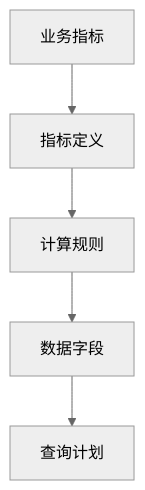
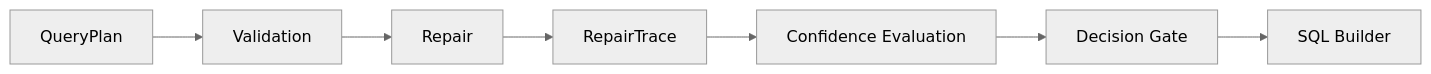
Before and after one commit to wenzhong0606-dev/SuperBuilder_AI: diagram 11 of 11 in SuperBulider_AI/wwwroot/Doc/SuperBuilder AI Native BI Phase开发计划.md, drawn with Mermaid (neutral theme). The commit also changed other lines of this file, not shown here.

````diff
--- a/SuperBulider_AI/wwwroot/Doc/SuperBuilder AI Native BI Phase开发计划.md
+++ b/SuperBulider_AI/wwwroot/Doc/SuperBuilder AI Native BI Phase开发计划.md
@@ -1896,28 +3032,29 @@
 ```mermaid
-flowchart TD
+flowchart LR
 
-
-A[业务指标]
-
+A[QueryPlan]
 
 -->
 
-B[指标定义]
-
+B[Validation]
 
 -->
 
-C[计算规则]
-
+C[Repair]
 
 -->
 
-D[数据字段]
-
+D[RepairTrace]
 
 -->
 
-E[查询计划]
+E[Confidence Evaluation]
 
+-->
 
+F[Decision Gate]
+
+-->
+
+G[SQL Builder]
 ```
````
